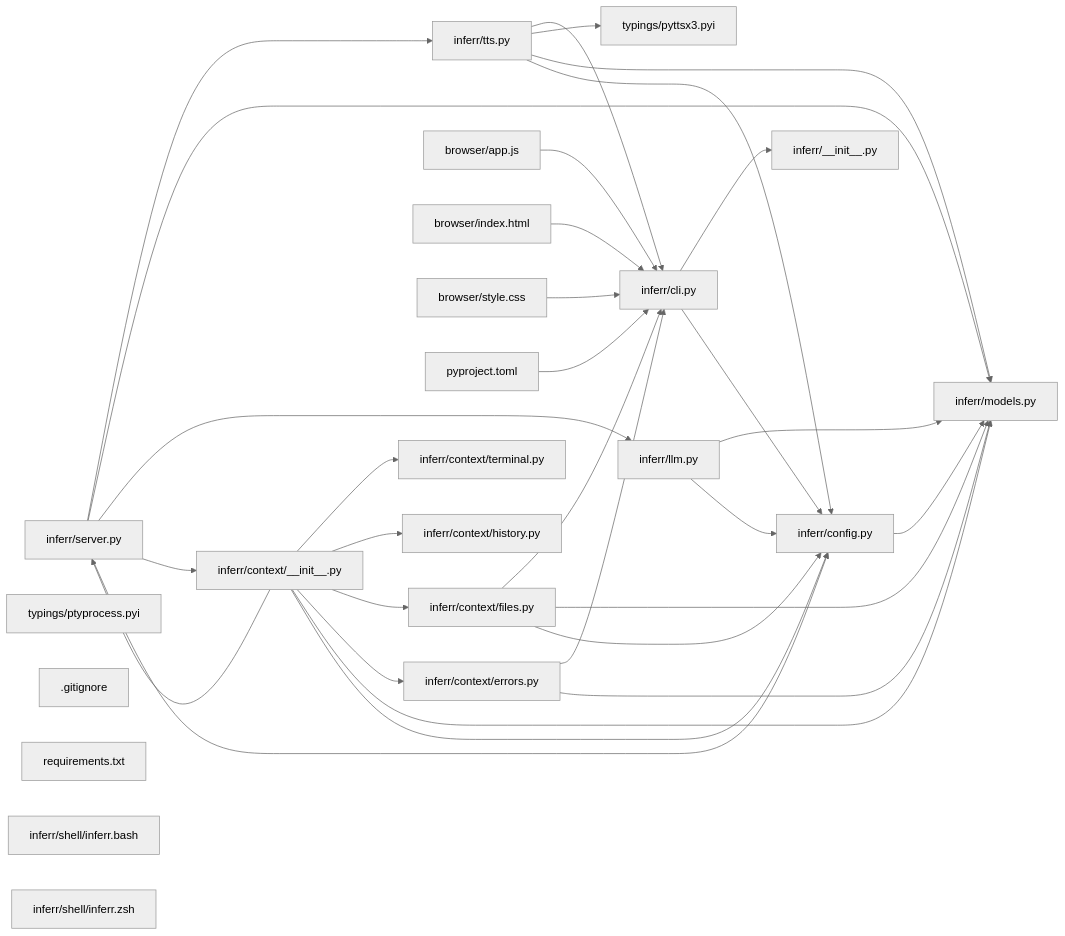
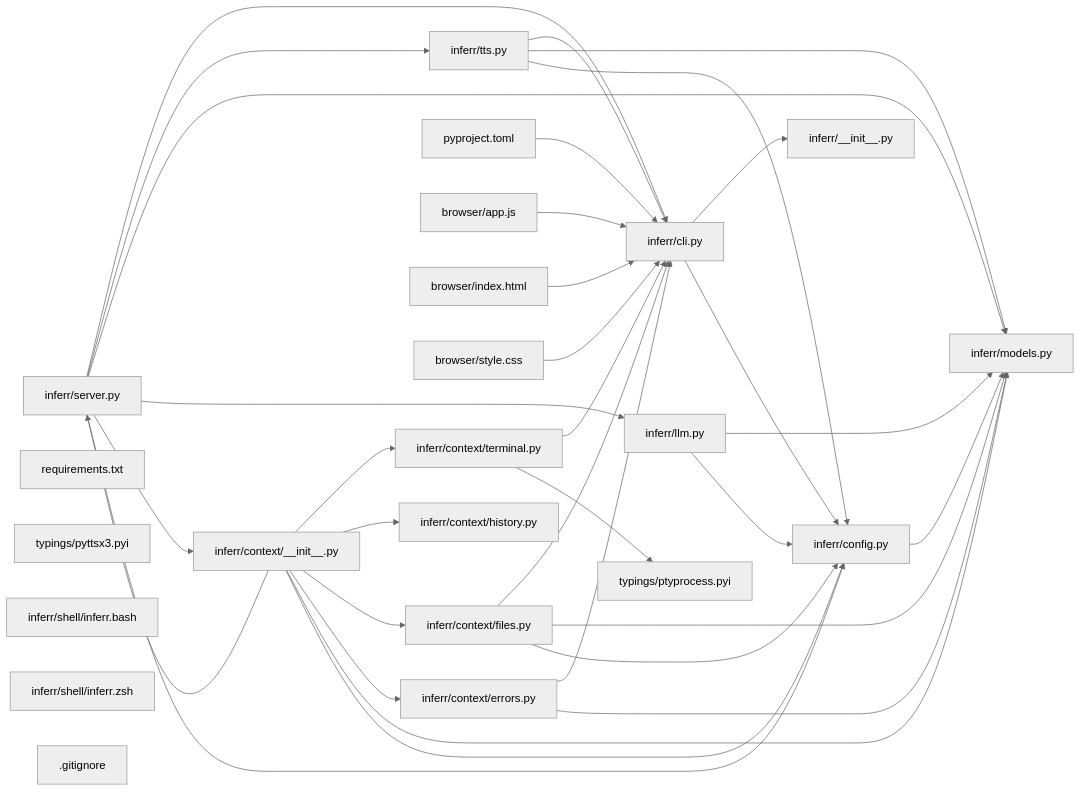
One commit to hey-granth/Inferr changed the diagram in CONTEXT.md. Above: the diagram before and after it, drawn with Mermaid (neutral theme). The commit also changed other lines of this file and 3 other files, not shown here.

First line of the commit message:
Refactor context capture & server; update tests and docs

````diff
--- a/CONTEXT.md
+++ b/CONTEXT.md
@@ -493,55 +502,57 @@
 ```mermaid
 graph LR
-    f0["inferr/config.py"]
-    f1["inferr/models.py"]
+    f0["inferr/models.py"]
+    f1["inferr/config.py"]
     f2["inferr/cli.py"]
-    f3["inferr/llm.py"]
-    f4["inferr/context/errors.py"]
-    f5["inferr/tts.py"]
-    f6["browser/app.js"]
-    f7["browser/index.html"]
-    f8["browser/style.css"]
-    f9["pyproject.toml"]
-    f10["inferr/__init__.py"]
-    f11["inferr/server.py"]
-    f12["typings/pyttsx3.pyi"]
-    f13["inferr/context/files.py"]
-    f14["inferr/context/terminal.py"]
-    f15["typings/ptyprocess.pyi"]
-    f16[".gitignore"]
-    f17["requirements.txt"]
+    f3["inferr/tts.py"]
+    f4["inferr/llm.py"]
+    f5["inferr/context/errors.py"]
+    f6["inferr/context/terminal.py"]
+    f7["pyproject.toml"]
+    f8["inferr/server.py"]
+    f9["inferr/context/__init__.py"]
+    f10["browser/app.js"]
+    f11["browser/index.html"]
+    f12["browser/style.css"]
+    f13["inferr/__init__.py"]
+    f14["typings/ptyprocess.pyi"]
+    f15["requirements.txt"]
+    f16["inferr/context/files.py"]
+    f17["typings/pyttsx3.pyi"]
     f18["inferr/context/history.py"]
-    f19["inferr/context/__init__.py"]
-    f20["inferr/shell/inferr.bash"]
-    f21["inferr/shell/inferr.zsh"]
-    f0 --> f1
-    f2 --> f10
-    f2 --> f0
+    f19["inferr/shell/inferr.bash"]
+    f20["inferr/shell/inferr.zsh"]
+    f21[".gitignore"]
+    f1 --> f0
+    f2 --> f13
+    f2 --> f1
+    f3 --> f2
+    f3 --> f0
     f3 --> f1
-    f3 --> f0
-    f4 --> f2
+    f4 --> f0
     f4 --> f1
     f5 --> f2
-    f5 --> f12
-    f5 --> f1
     f5 --> f0
     f6 --> f2
+    f6 --> f14
     f7 --> f2
     f8 --> f2
-    f9 --> f2
-    f11 --> f5
-    f11 --> f1
-    f11 --> f3
-    f11 --> f19
-    f11 --> f0
-    f13 --> f2
-    f13 --> f1
-    f13 --> f0
-    f19 --> f11
-    f19 --> f14
-    f19 --> f18
-    f19 --> f13
-    f19 --> f4
-    f19 --> f1
-    f19 --> f0
+    f8 --> f3
+    f8 --> f0
+    f8 --> f4
+    f8 --> f9
+    f8 --> f1
+    f9 --> f8
+    f9 --> f6
+    f9 --> f18
+    f9 --> f16
+    f9 --> f5
+    f9 --> f0
+    f9 --> f1
+    f10 --> f2
+    f11 --> f2
+    f12 --> f2
+    f16 --> f2
+    f16 --> f0
+    f16 --> f1
 ```
````
